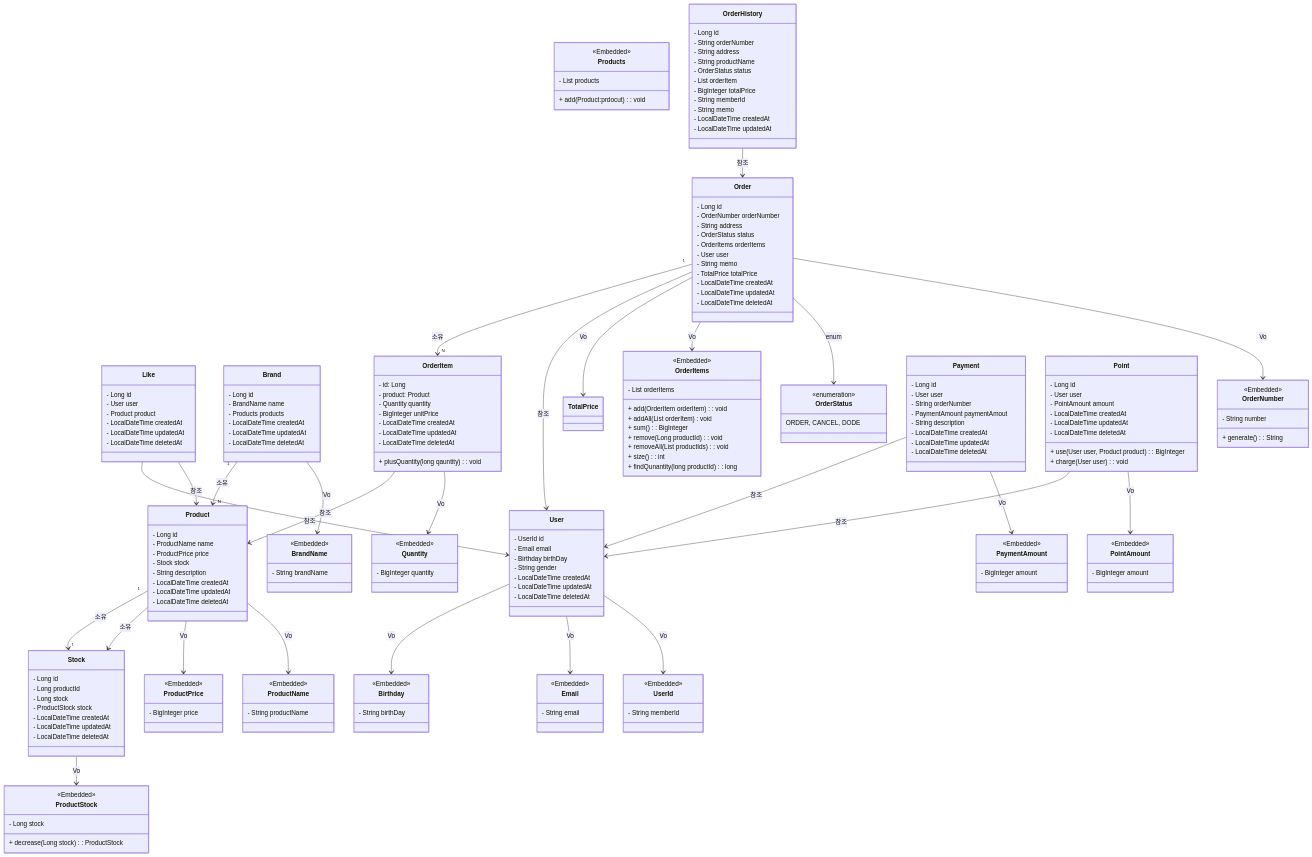
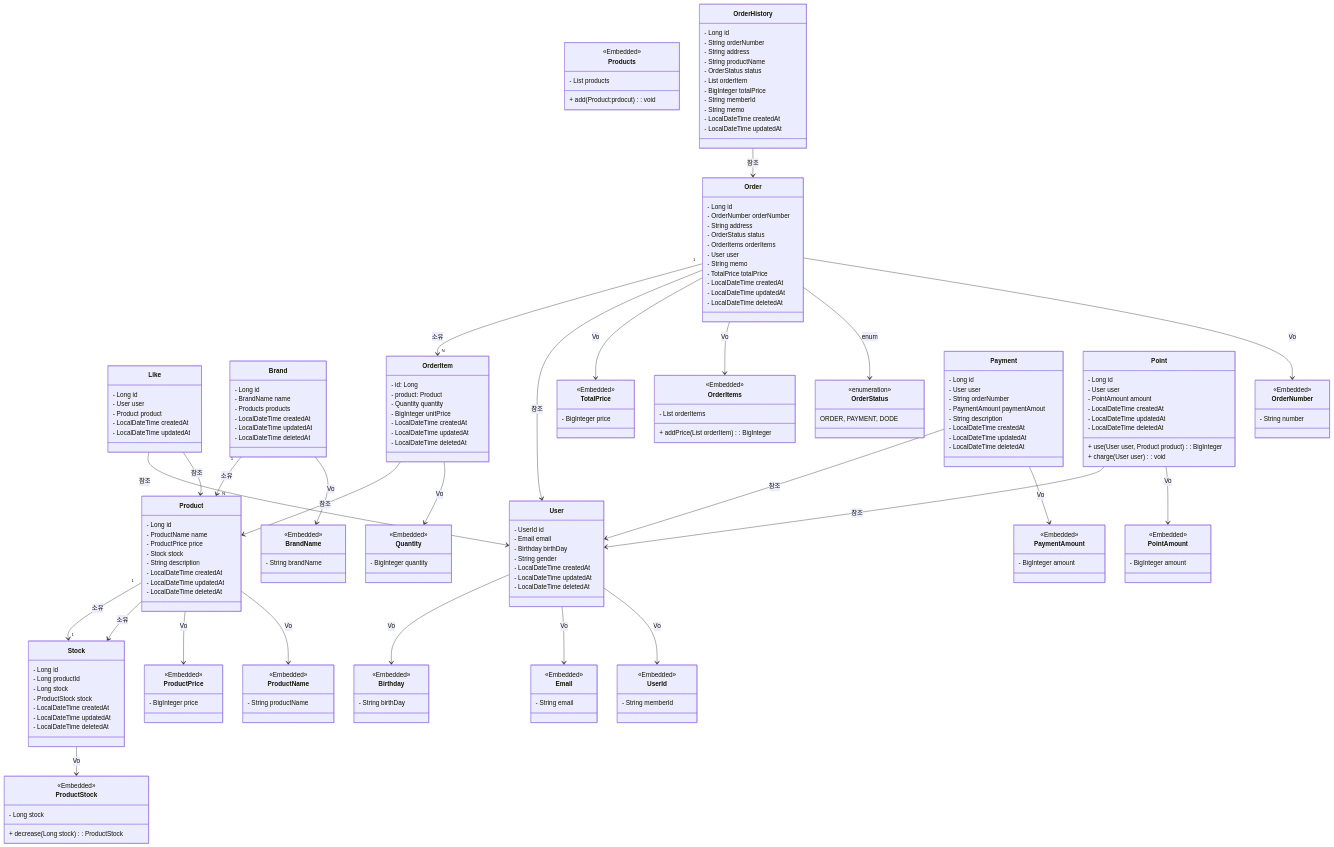
The diagram in apps/commerce-api/docs/desigin/03-class-diagrams.md (Loopers-Team-6/younghun), drawn with Mermaid before and after one commit. The commit also changed 27 other files, not shown here.

```diff
--- a/apps/commerce-api/docs/desigin/03-class-diagrams.md
+++ b/apps/commerce-api/docs/desigin/03-class-diagrams.md
@@ -38,35 +38,34 @@
 
 %% 좋아요
 class Like {
- - Long id
- - User user
- - Product product
- - LocalDateTime createdAt
- - LocalDateTime updatedAt
- - LocalDateTime deletedAt 
+    - Long id
+    - User user
+    - Product product
+    - LocalDateTime createdAt
+    - LocalDateTime updatedAt
 }
 
 
 %% 브랜드
 class Brand {
- - Long id
- - BrandName name
- - Products products
- - LocalDateTime createdAt
- - LocalDateTime updatedAt
- - LocalDateTime deletedAt
+    - Long id
+    - BrandName name
+    - Products products
+    - LocalDateTime createdAt
+    - LocalDateTime updatedAt
+    - LocalDateTime deletedAt
 }
 
 class BrandName {
- <<Embedded>>
- - String brandName
+    <<Embedded>>
+    - String brandName
 }
 
 class Products {
- <<Embedded>>
- - List<Product> products
+    <<Embedded>>
+    - List<Product> products
     
- + add(Product:prdocut): void
+    + add(Product:prdocut): void
 }
 
 Brand --> BrandName : Vo
@@ -74,24 +73,24 @@
 
 %% 상품
 class Product {
- - Long id
- - ProductName name
- - ProductPrice price
- - Stock stock
- - String description
- - LocalDateTime createdAt
- - LocalDateTime updatedAt
- - LocalDateTime deletedAt
+    - Long id
+    - ProductName name
+    - ProductPrice price
+    - Stock stock
+    - String description
+    - LocalDateTime createdAt
+    - LocalDateTime updatedAt
+    - LocalDateTime deletedAt
 }
 
 class ProductName {
- <<Embedded>>
- - String productName
+    <<Embedded>>
+    - String productName
 }
 
 class ProductPrice {
- <<Embedded>>
- - BigInteger price
+    <<Embedded>>
+    - BigInteger price
 }
 
 Product --> ProductName : Vo
@@ -111,52 +110,48 @@
 }
 
 class ProductStock {
- <<Embedded>>
- - Long stock
- + decrease(Long stock): ProductStock
+    <<Embedded>>
+    - Long stock
+    + decrease(Long stock): ProductStock
 }
 
 Stock --> ProductStock : Vo
 
 %% 주문
 class Order {
- - Long id
- - OrderNumber orderNumber
- - String address
- - OrderStatus status
- - OrderItems orderItems
- - User user
- - String memo
- - TotalPrice totalPrice
- - LocalDateTime createdAt
- - LocalDateTime updatedAt
- - LocalDateTime deletedAt
+  - Long id
+  - OrderNumber orderNumber
+  - String address
+  - OrderStatus status
+  - OrderItems orderItems
+  - User user
+  - String memo
+  - TotalPrice totalPrice
+  - LocalDateTime createdAt
+  - LocalDateTime updatedAt
+  - LocalDateTime deletedAt
 }
 
 
 class OrderItems {
- <<Embedded>>
- - List<OrderItem> orderItems
- + add(OrderItem orderItem) : void
- + addAll(List<OrderItem> orderItem) void
- + sum() : BigInteger
- + remove(Long productId) : void
- + removeAll(List<Long> productIds) : void
- + size() : int
- + findQunantity(long productId) : long
+    <<Embedded>>
+    - List<OrderItem> orderItems
+    + addPrice(List<OrderItem> orderItem) : BigInteger
 }
 
+class TotalPrice {
+    <<Embedded>>
+    - BigInteger price
+}
 
 class OrderNumber {
- <<Embedded>>
- - String number
-    
- + generate() : String
+    <<Embedded>>
+    - String number
 }
 
 class OrderStatus {
- <<enumeration>>
- ORDER, CANCEL,  DODE
+    <<enumeration>>
+    ORDER, PAYMENT, DODE
 }
 
 Order --> OrderNumber : Vo
@@ -191,7 +186,6 @@
   - LocalDateTime createdAt
   - LocalDateTime updatedAt
   - LocalDateTime deletedAt
-  + plusQuantity(long qauntity) : void
 }
 
 class Quantity {
```
